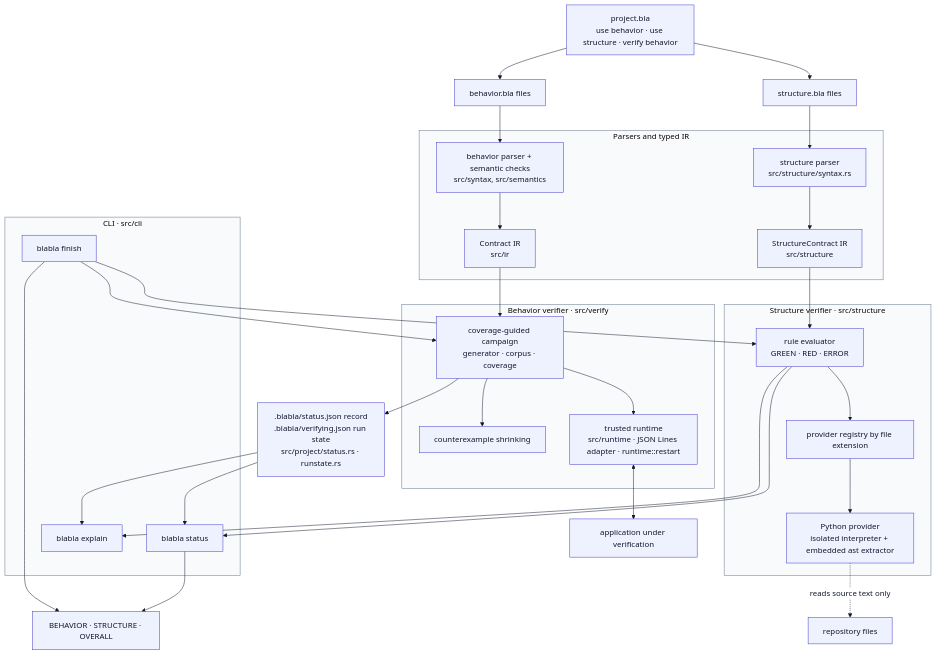
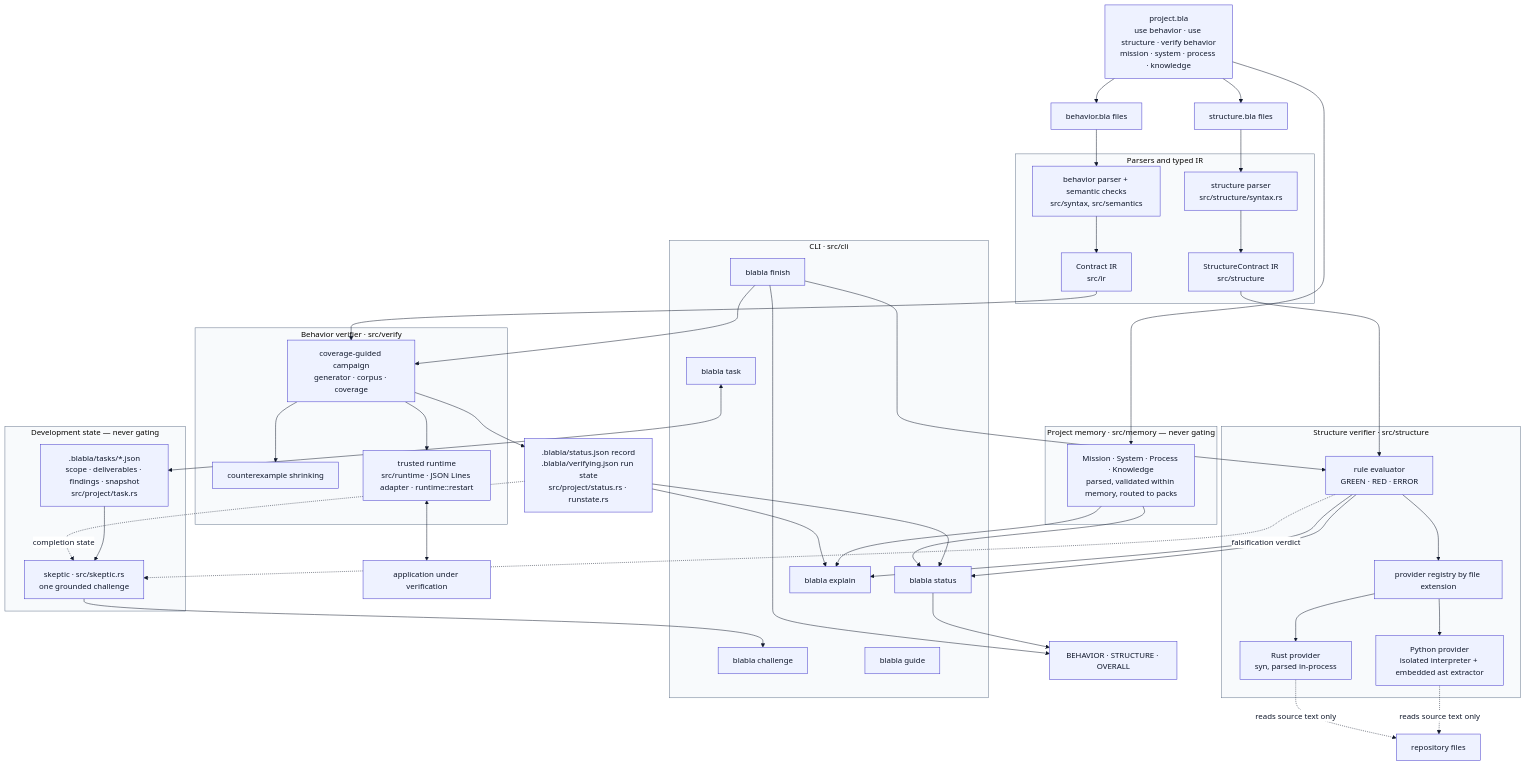
One commit to Kiborgik/blabla changed the diagram in docs/diagrams/architecture.mmd. Above: the diagram before and after it, drawn with Mermaid. The commit also changed 76 other files, not shown here.

First line of the commit message:
Add self-hosted project memory and the development loop

```diff
--- a/docs/diagrams/architecture.mmd
+++ b/docs/diagrams/architecture.mmd
@@ -1,48 +1,69 @@
 %%{init: {"theme":"base","themeVariables":{"primaryColor":"#eef2ff","primaryTextColor":"#0f172a","primaryBorderColor":"#4338ca","lineColor":"#0f172a","secondaryColor":"#f1f5f9","tertiaryColor":"#f8fafc","clusterBkg":"#f8fafc","clusterBorder":"#64748b","edgeLabelBackground":"#ffffff"},"themeCSS":".edgePath path.path, path.flowchart-link { stroke-width: 3px; } marker path { fill: #0f172a; stroke: #0f172a; } .node rect, .node polygon, .node circle { stroke-width: 2px; }"}}%%
 flowchart TB
     accTitle: BlaBla architecture
-    accDescr: project.bla composes behavior and structure contracts. Behavior contracts are parsed and type-checked into one typed contract IR that the behavior verifier runs as a coverage-guided campaign against the application through the trusted runtime, with counterexample shrinking. Structure contracts are parsed into a structure IR that the structure verifier evaluates against facts from a language provider, in v0.5 the Python provider running an embedded AST extractor. The behavior result is recorded with a run-state marker; structure is evaluated live. blabla status, explain and finish render both layers and the OVERALL gate.
-    manifest["project.bla<br/>use behavior · use structure · verify behavior"]
+    accDescr: project.bla composes behavior and structure contracts and registers project memory. Mission, System, Process and Knowledge are parsed by the memory subsystem and answered through status and explain; they never reach completion. Behavior contracts are parsed and type-checked into one typed contract IR that the behavior verifier runs as a coverage-guided campaign against the application through the trusted runtime, with counterexample shrinking. Structure contracts are parsed into a structure IR that the structure verifier evaluates against facts from a Python or Rust provider. Bounded task records under .blabla/tasks hold scope, deliverables and findings, and the skeptic forms one deterministic challenge from them. The behavior result is recorded with a run-state marker; structure is evaluated live. blabla status, explain, task, challenge and finish render these surfaces, and only finish decides the OVERALL gate.
+    manifest["project.bla<br/>use behavior · use structure · verify behavior<br/>mission · system · process · knowledge"]
     behavior["behavior.bla files"]
     structure["structure.bla files"]
     manifest --> behavior
     manifest --> structure
+    subgraph smemory["Project memory · src/memory — never gating"]
+        memory["Mission · System · Process · Knowledge<br/>parsed, validated within memory, routed to packs"]
+    end
+    manifest --> memory
     subgraph compile["Parsers and typed IR"]
         bparse["behavior parser + semantic checks<br/>src/syntax, src/semantics"] --> bir["Contract IR<br/>src/ir"]
         sparse["structure parser<br/>src/structure/syntax.rs"] --> sir["StructureContract IR<br/>src/structure"]
     end
     behavior --> bparse
     structure --> sparse
     subgraph bverify["Behavior verifier · src/verify"]
         campaign["coverage-guided campaign<br/>generator · corpus · coverage"]
         shrink["counterexample shrinking"]
         runtime["trusted runtime<br/>src/runtime · JSON Lines adapter · runtime::restart"]
         campaign --> shrink
         campaign --> runtime
     end
     subgraph sverify["Structure verifier · src/structure"]
         evaluator["rule evaluator<br/>GREEN · RED · ERROR"]
         registry["provider registry by file extension"]
         python["Python provider<br/>isolated interpreter + embedded ast extractor"]
+        rustp["Rust provider<br/>syn, parsed in-process"]
         evaluator --> registry --> python
+        registry --> rustp
     end
     bir --> campaign
     sir --> evaluator
     app["application under verification"]
     runtime <--> app
     python -. reads source text only .-> repo["repository files"]
+    rustp -. reads source text only .-> repo
     record[".blabla/status.json record<br/>.blabla/verifying.json run state<br/>src/project/status.rs · runstate.rs"]
     campaign --> record
+    subgraph sdev["Development state — never gating"]
+        task[".blabla/tasks/*.json<br/>scope · deliverables · findings · snapshot<br/>src/project/task.rs"]
+        skeptic["skeptic · src/skeptic.rs<br/>one grounded challenge"]
+        task --> skeptic
+    end
+    evaluator -. falsification verdict .-> skeptic
+    record -. completion state .-> skeptic
     subgraph cli["CLI · src/cli"]
         status["blabla status"]
         explain["blabla explain"]
+        taskcmd["blabla task"]
+        challengecmd["blabla challenge"]
+        guide["blabla guide"]
         finishcmd["blabla finish"]
     end
     record --> status
     evaluator --> status
+    memory --> status
+    memory --> explain
     record --> explain
     evaluator --> explain
+    taskcmd <--> task
+    skeptic --> challengecmd
     finishcmd --> evaluator
     finishcmd --> campaign
     status --> overall["BEHAVIOR · STRUCTURE · OVERALL"]
     finishcmd --> overall
```
